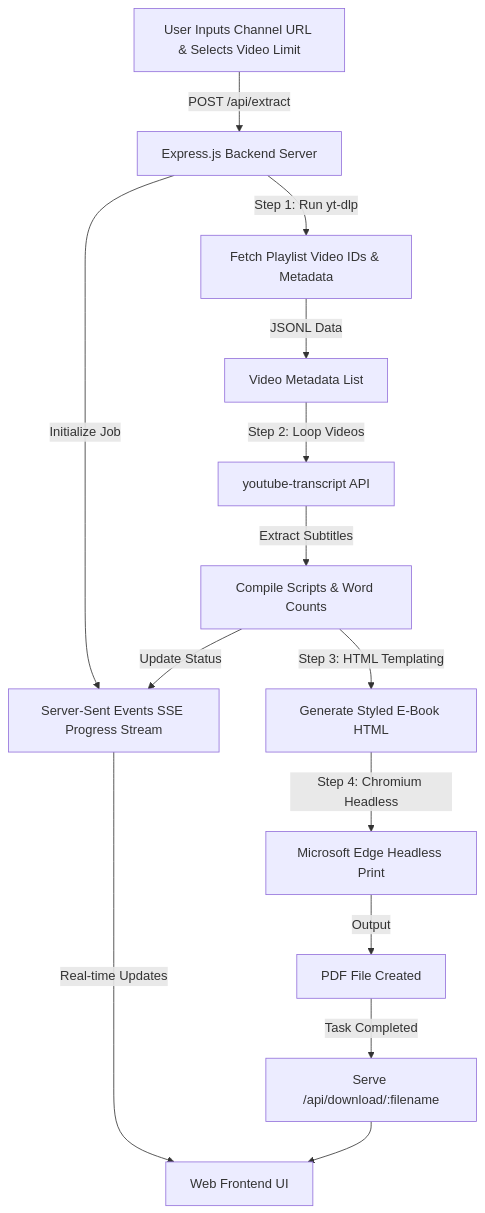
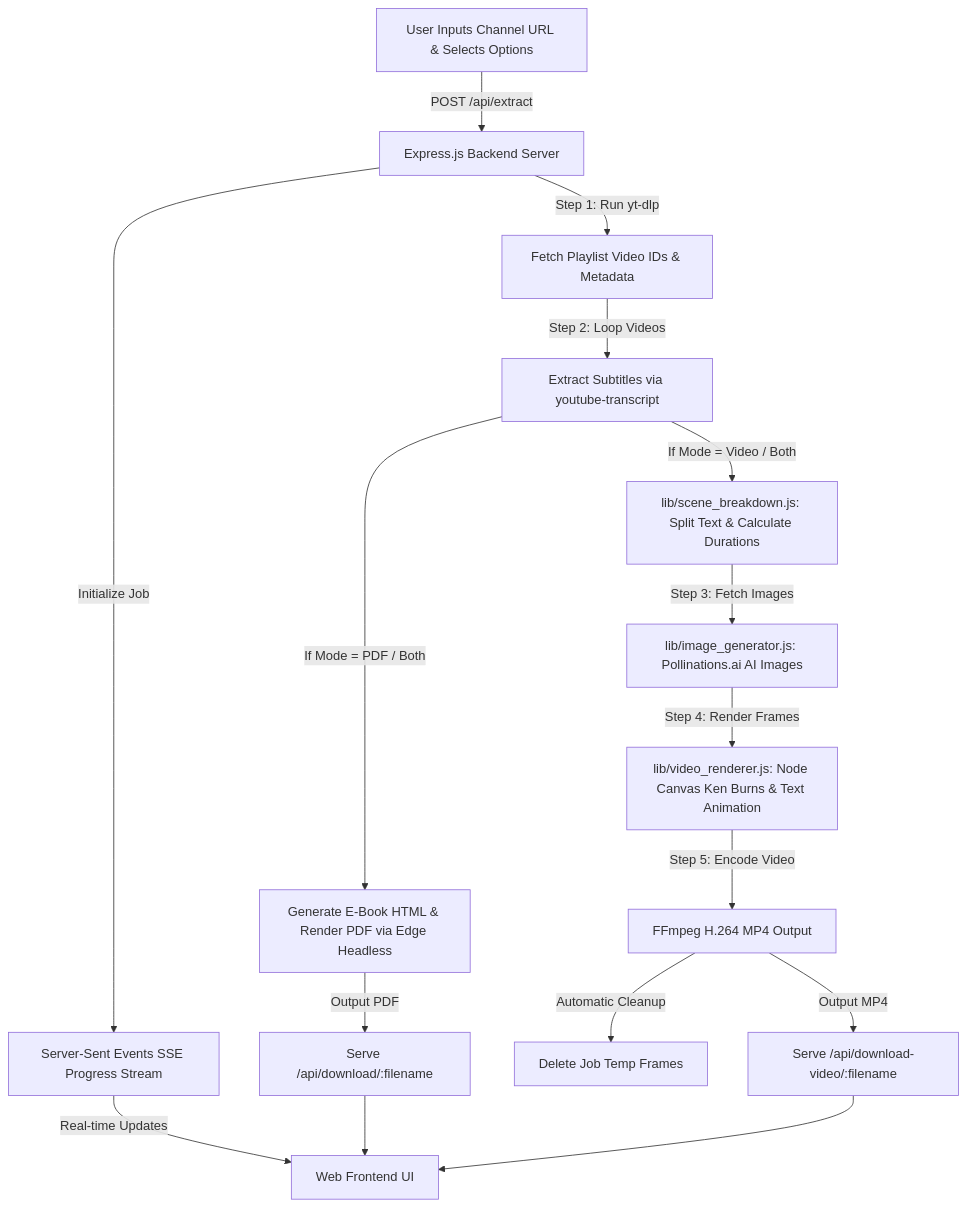
One commit to sonuukush/YouTube-Script-PDF-Generator changed the diagram in README.md. Above: the diagram before and after it, drawn with Mermaid. The commit also changed other lines of this file and 10 other files, not shown here.

Commit message:
Add Kinetic Typography Video Generator with Pollinations.ai AI images, Canvas+FFmpeg renderer, aspect ratio selection, and automatic cleanup

````diff
--- a/README.md
+++ b/README.md
@@ -51,20 +42,23 @@
 ```mermaid
 flowchart TD
-    A[User Inputs Channel URL & Selects Video Limit] -->|POST /api/extract| B[Express.js Backend Server]
+    A[User Inputs Channel URL & Selects Options] -->|POST /api/extract| B[Express.js Backend Server]
     B -->|Initialize Job| C[Server-Sent Events SSE Progress Stream]
     C -->|Real-time Updates| UI[Web Frontend UI]
     
     B -->|Step 1: Run yt-dlp| D[Fetch Playlist Video IDs & Metadata]
-    D -->|JSONL Data| E[Video Metadata List]
+    D -->|Step 2: Loop Videos| E[Extract Subtitles via youtube-transcript]
     
-    E -->|Step 2: Loop Videos| F[youtube-transcript API]
-    F -->|Extract Subtitles| G[Compile Scripts & Word Counts]
-    G -->|Update Status| C
+    E -->|If Mode = PDF / Both| F[Generate E-Book HTML & Render PDF via Edge Headless]
+    E -->|If Mode = Video / Both| G[lib/scene_breakdown.js: Split Text & Calculate Durations]
     
-    G -->|Step 3: HTML Templating| H[Generate Styled E-Book HTML]
-    H -->|Step 4: Chromium Headless| I[Microsoft Edge Headless Print]
-    I -->|Output| J[PDF File Created]
+    G -->|Step 3: Fetch Images| H[lib/image_generator.js: Pollinations.ai AI Images]
+    H -->|Step 4: Render Frames| I[lib/video_renderer.js: Node Canvas Ken Burns & Text Animation]
+    I -->|Step 5: Encode Video| J[FFmpeg H.264 MP4 Output]
+    J -->|Automatic Cleanup| K[Delete Job Temp Frames]
     
-    J -->|Task Completed| K[Serve /api/download/:filename]
-    K --> UI
+    F -->|Output PDF| L[Serve /api/download/:filename]
+    J -->|Output MP4| M[Serve /api/download-video/:filename]
+    
+    L --> UI
+    M --> UI
 ```
````
